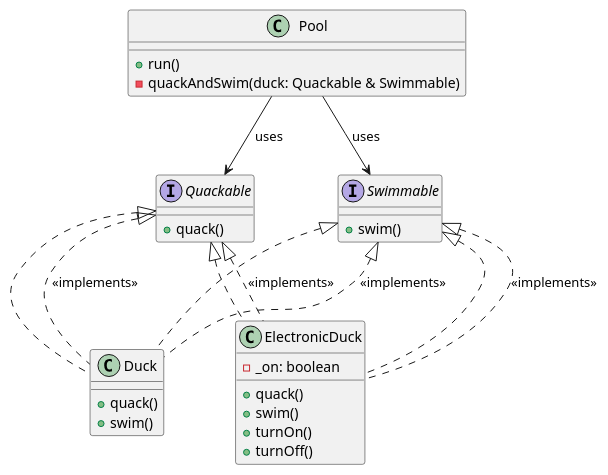
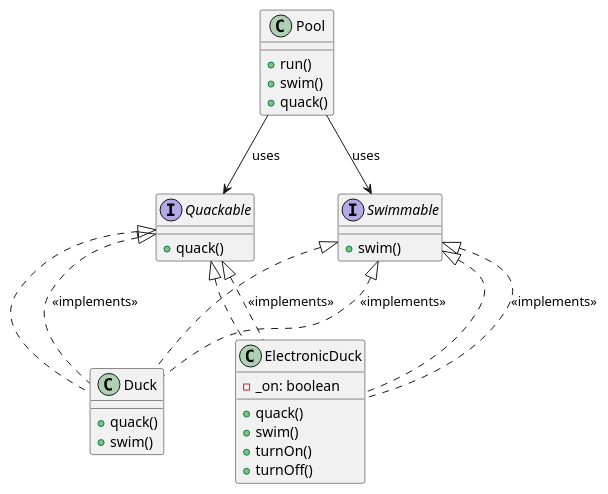
The diagram in LSP/src/com/directi/training/lsp/solution/solution.wsd (walid192/Software-Architecture), drawn with PlantUML before and after one commit. The commit also changed 1 other file, not shown here.

```diff
--- a/LSP/src/com/directi/training/lsp/solution/solution.wsd
+++ b/LSP/src/com/directi/training/lsp/solution/solution.wsd
@@ -1,39 +1,40 @@
 @startuml
 
 ' two interfaces to respect SRP '
 interface Quackable {
     + quack()
 }
 
 interface Swimmable {
     + swim()
 }
 
 class Duck implements Quackable, Swimmable {
     + quack()
     + swim()
 }
 
 class ElectronicDuck implements Quackable, Swimmable {
     - _on: boolean
     + quack()
     + swim()
     + turnOn()
     + turnOff()
 }
 
 class Pool {
     + run()
-    - quackAndSwim(duck: Quackable & Swimmable)
+    + swim()
+    + quack()
 }
 
 Quackable <|.. Duck : <<implements>>
 Quackable <|.. ElectronicDuck : <<implements>>
 Swimmable <|.. Duck : <<implements>>
 Swimmable <|.. ElectronicDuck : <<implements>>
 
 
 Pool --> Quackable : uses
 Pool --> Swimmable : uses
 
 @enduml
```
